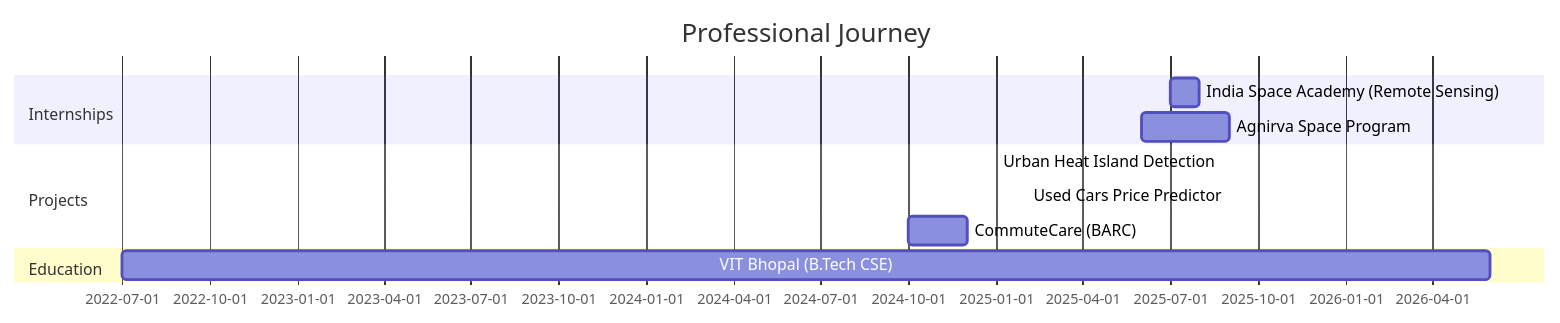
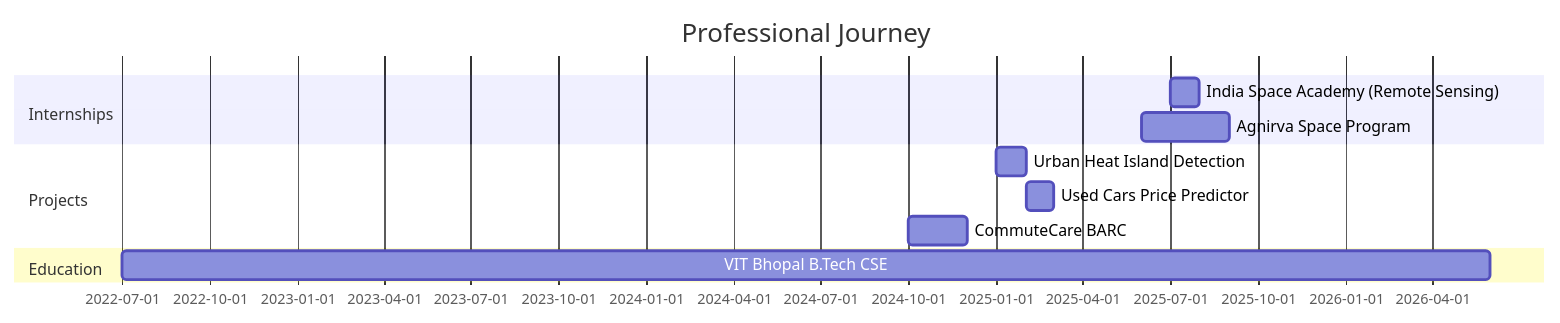
Before and after one commit to Muditmayank1/Muditmayank1: the diagram in README.md, drawn with Mermaid. The commit also changed other lines of this file, not shown here.

````diff
--- a/README.md
+++ b/README.md
@@ -179,14 +179,14 @@
 ```mermaid
 gantt
     title Professional Journey
     dateFormat  YYYY-MM
     section Internships
     India Space Academy (Remote Sensing)    :2025-07, 2025-08
     Agnirva Space Program                   :2025-06, 2025-09
     section Projects
-    Urban Heat Island Detection             :2025-01, 2025-01
-    Used Cars Price Predictor               :2025-02, 2025-02
-    CommuteCare (BARC)                      :2024-10, 2024-12
+    Urban Heat Island Detection             :2025-01, 2025-02
+    Used Cars Price Predictor               :2025-02, 2025-03
+    CommuteCare BARC                        :2024-10, 2024-12
     section Education
-    VIT Bhopal (B.Tech CSE)                :2022-07, 2026-06
+    VIT Bhopal B.Tech CSE                   :2022-07, 2026-06
 ```
````
